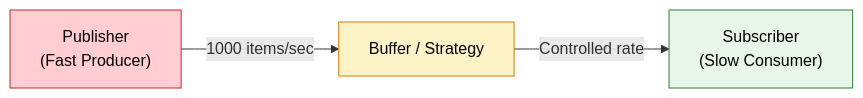
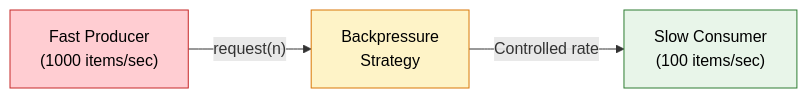
One commit to saivamsikaruturi/vamsilabs-dev-notes-main changed the fourth of 5 diagrams in docs/springboot/webflux.md. Above: the diagram before and after it, drawn with Mermaid. The commit also changed other lines of this file and 146 other files, not shown here.

Commit message:
Horizontal diagrams, UML class diagrams, typography overhaul, and permalink cleanup

````diff
--- a/docs/springboot/webflux.md
+++ b/docs/springboot/webflux.md
@@ -353,9 +245,9 @@
 ```mermaid
 flowchart LR
-    P["Publisher<br/>(Fast Producer)"] -->|"1000 items/sec"| B["Buffer / Strategy"]
-    B -->|"Controlled rate"| S["Subscriber<br/>(Slow Consumer)"]
+    P["Fast Producer<br/>(1000 items/sec)"] -->|"request(n)"| B["Backpressure<br/>Strategy"]
+    B -->|"Controlled rate"| S["Slow Consumer<br/>(100 items/sec)"]
 
     style P fill:#FFCDD2,stroke:#C62828,color:#000
     style B fill:#FEF3C7,stroke:#D97706,color:#000
     style S fill:#E8F5E9,stroke:#2E7D32,color:#000
 ```
````
